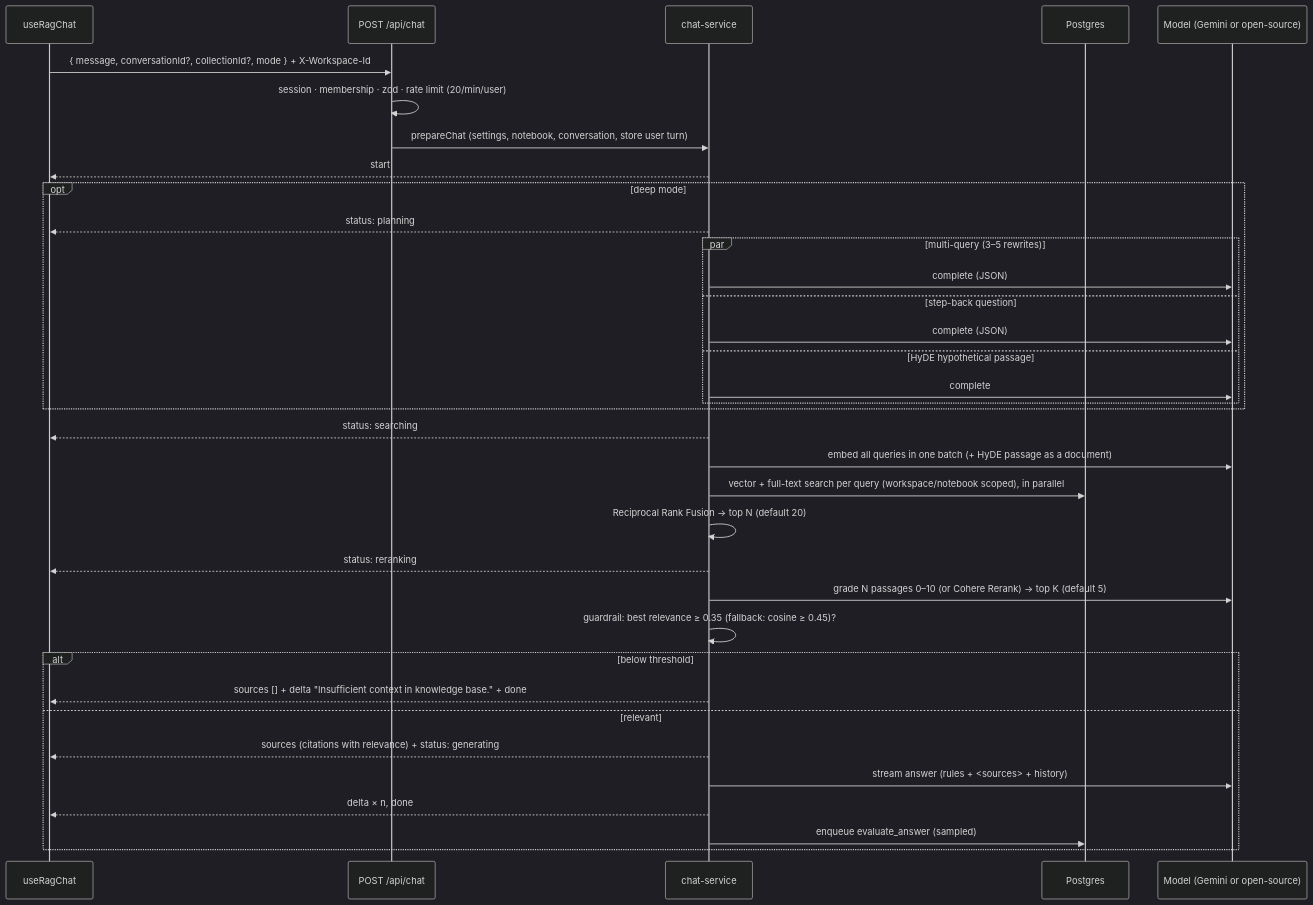
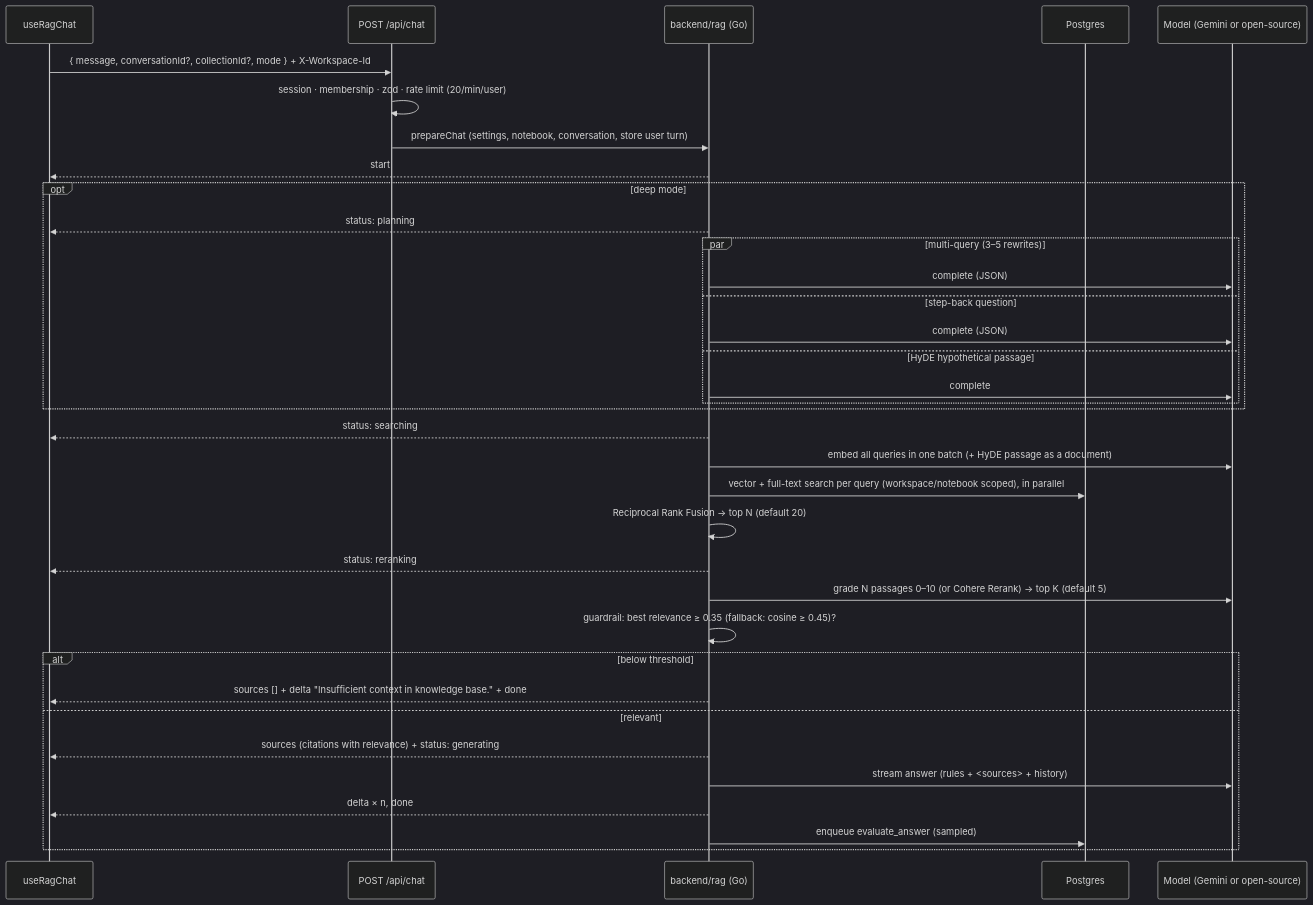
One commit to ankityadav1asia/Corpus changed the second of 3 diagrams in docs/ARCHITECTURE.md. Above: the diagram before and after it, drawn with Mermaid (dark theme). The commit also changed other lines of this file and 38 other files, not shown here.

````diff
--- a/docs/ARCHITECTURE.md
+++ b/docs/ARCHITECTURE.md
@@ -126,37 +130,37 @@
 ```mermaid
 sequenceDiagram
   participant UI as useRagChat
   participant R as POST /api/chat
-  participant C as chat-service
+  participant C as backend/rag (Go)
   participant DB as Postgres
   participant G as Model (Gemini or open-source)
   UI->>R: { message, conversationId?, collectionId?, mode } + X-Workspace-Id
   R->>R: session · membership · zod · rate limit (20/min/user)
   R->>C: prepareChat (settings, notebook, conversation, store user turn)
   C-->>UI: start
   opt deep mode
     C-->>UI: status: planning
     par multi-query (3–5 rewrites)
       C->>G: complete (JSON)
     and step-back question
       C->>G: complete (JSON)
     and HyDE hypothetical passage
       C->>G: complete
     end
   end
   C-->>UI: status: searching
   C->>G: embed all queries in one batch (+ HyDE passage as a document)
   C->>DB: vector + full-text search per query (workspace/notebook scoped), in parallel
   C->>C: Reciprocal Rank Fusion → top N (default 20)
   C-->>UI: status: reranking
   C->>G: grade N passages 0–10 (or Cohere Rerank) → top K (default 5)
   C->>C: guardrail: best relevance ≥ 0.35 (fallback: cosine ≥ 0.45)?
   alt below threshold
     C-->>UI: sources [] + delta "Insufficient context in knowledge base." + done
   else relevant
     C-->>UI: sources (citations with relevance) + status: generating
     C->>G: stream answer (rules + <sources> + history)
     C-->>UI: delta × n, done
     C->>DB: enqueue evaluate_answer (sampled)
   end
 ```
````
